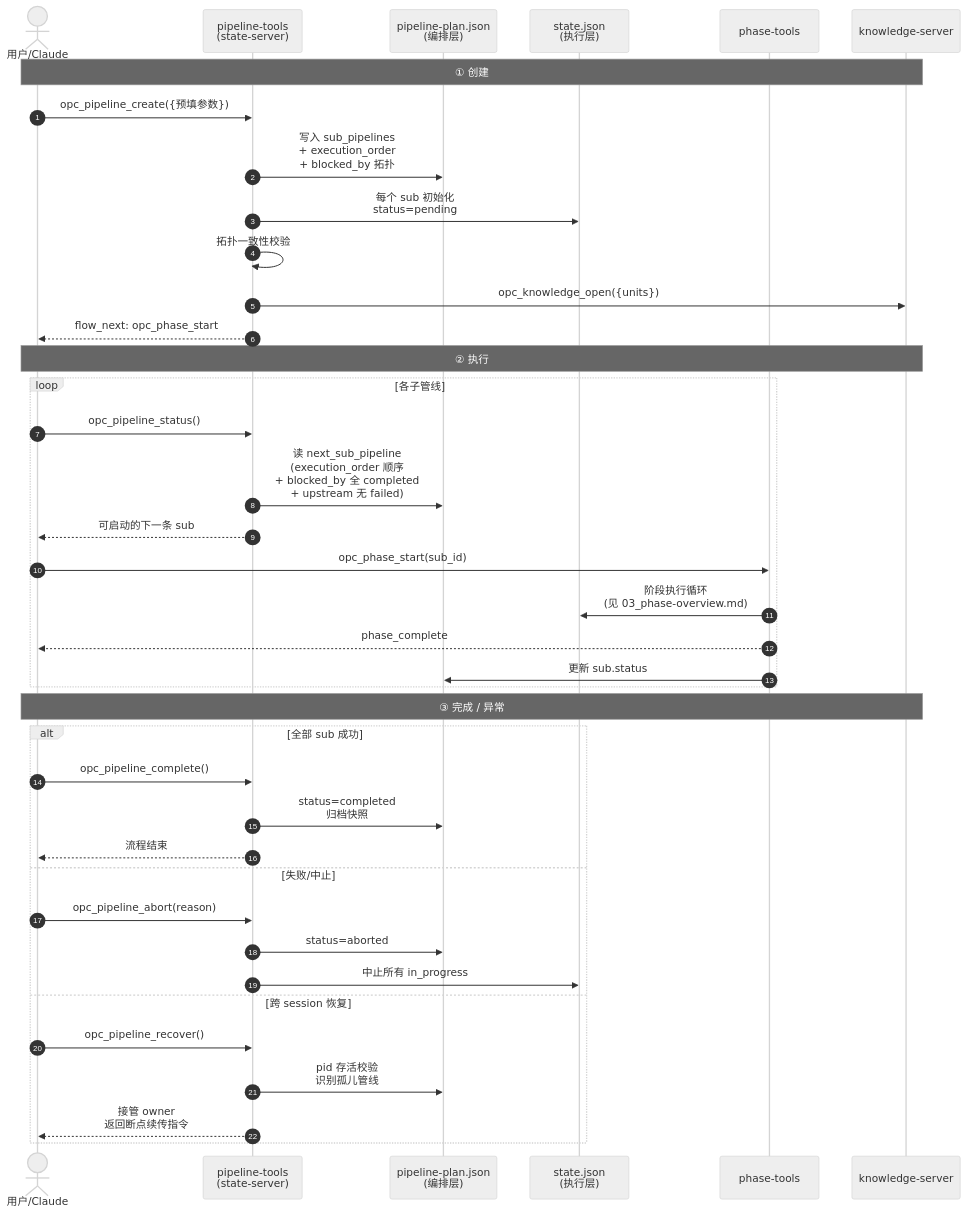
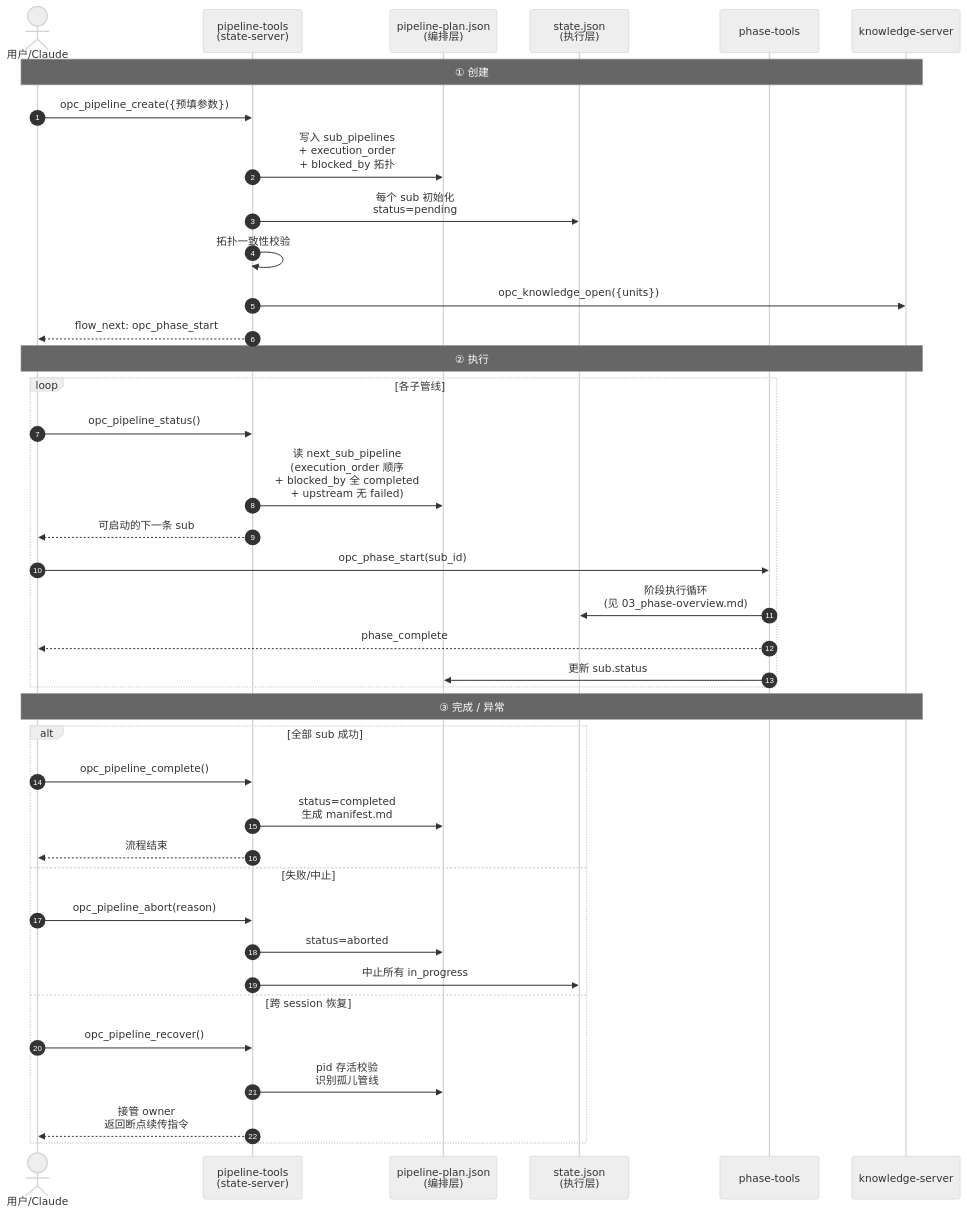
One commit to CaffeineOddity/opc-marketplace changed the first of 2 diagrams in doc/feature/02-opc-state-server/02-pipeline/00_overview.md. Above: the diagram before and after it, drawn with Mermaid (neutral theme). The commit also changed other lines of this file and 42 other files, not shown here.

````diff
--- a/doc/feature/02-opc-state-server/02-pipeline/00_overview.md
+++ b/doc/feature/02-opc-state-server/02-pipeline/00_overview.md
@@ -13,45 +13,45 @@
 ```mermaid
 sequenceDiagram
     autonumber
     actor U as 用户/Claude
     participant PC as pipeline-tools<br/>(state-server)
     participant PP as pipeline-plan.json<br/>(编排层)
     participant ST as state.json<br/>(执行层)
     participant PH as phase-tools
     participant K as knowledge-server
 
     Note over U,K: ① 创建
     U->>PC: opc_pipeline_create({预填参数})
     PC->>PP: 写入 sub_pipelines<br/>+ execution_order<br/>+ blocked_by 拓扑
     PC->>ST: 每个 sub 初始化<br/>status=pending
     PC->>PC: 拓扑一致性校验
     PC->>K: opc_knowledge_open({units})
     PC-->>U: flow_next: opc_phase_start
 
     Note over U,K: ② 执行
     loop 各子管线
         U->>PC: opc_pipeline_status()
         PC->>PP: 读 next_sub_pipeline<br/>(execution_order 顺序<br/>+ blocked_by 全 completed<br/>+ upstream 无 failed)
         PC-->>U: 可启动的下一条 sub
 
         U->>PH: opc_phase_start(sub_id)
         PH->>ST: 阶段执行循环<br/>(见 03_phase-overview.md)
         PH-->>U: phase_complete
         PH->>PP: 更新 sub.status
     end
 
     Note over U,K: ③ 完成 / 异常
     alt 全部 sub 成功
         U->>PC: opc_pipeline_complete()
-        PC->>PP: status=completed<br/>归档快照
+        PC->>PP: status=completed<br/>生成 manifest.md
         PC-->>U: 流程结束
     else 失败/中止
         U->>PC: opc_pipeline_abort(reason)
         PC->>PP: status=aborted
         PC->>ST: 中止所有 in_progress
     else 跨 session 恢复
         U->>PC: opc_pipeline_recover()
         PC->>PP: pid 存活校验<br/>识别孤儿管线
         PC-->>U: 接管 owner<br/>返回断点续传指令
     end
 ```
````
